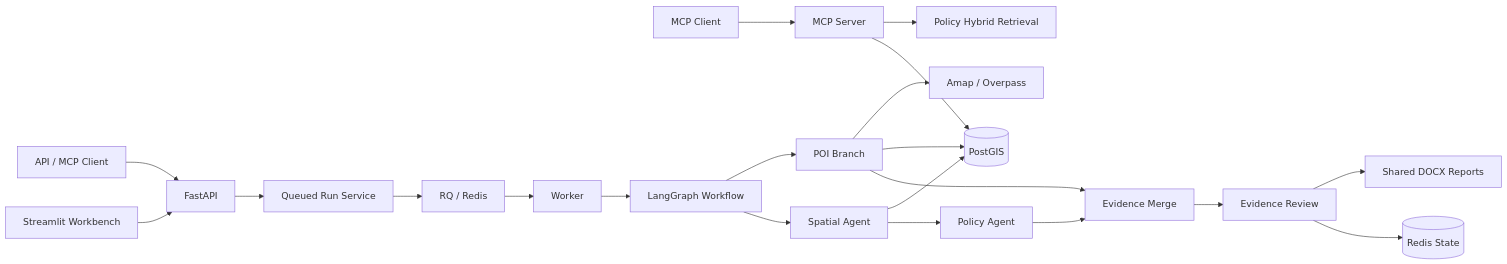
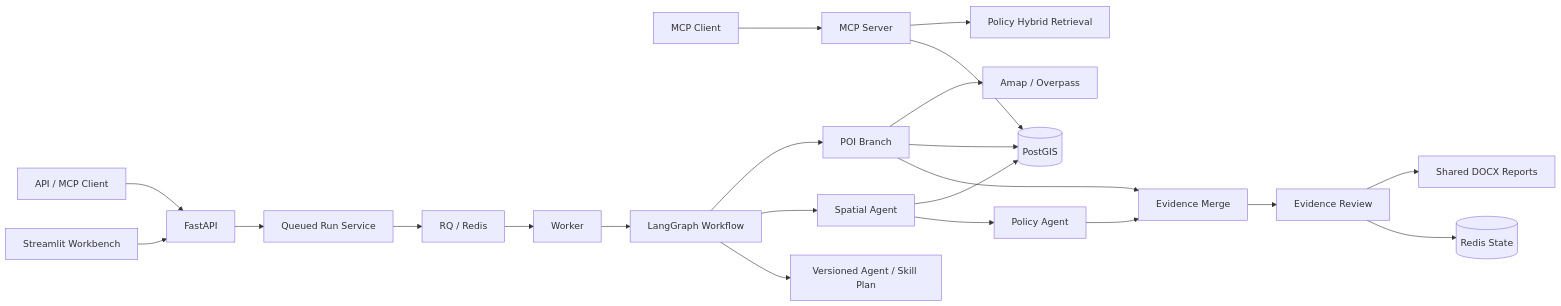
One commit to 1159312243h-gif/spatial-decision-agent changed the diagram in README.md. Above: the diagram before and after it, drawn with Mermaid. The commit also changed other lines of this file and 50 other files, not shown here.

````diff
--- a/README.md
+++ b/README.md
@@ -38,23 +40,24 @@
 ```mermaid
 flowchart LR
     UI["Streamlit Workbench"] --> API["FastAPI"]
     Client["API / MCP Client"] --> API
     MCPClient["MCP Client"] --> MCP["MCP Server"]
     API --> Run["Queued Run Service"]
     Run --> Queue["RQ / Redis"]
     Queue --> Worker["Worker"]
     Worker --> Graph["LangGraph Workflow"]
+    Graph --> Plan["Versioned Agent / Skill Plan"]
     Graph --> GIS["Spatial Agent"]
     Graph --> POI["POI Branch"]
     GIS --> Rules["Policy Agent"]
     POI --> Merge["Evidence Merge"]
     Rules --> Merge
     Merge --> Review["Evidence Review"]
     Review --> Redis[("Redis State")]
     Review --> Reports["Shared DOCX Reports"]
     GIS --> PostGIS[("PostGIS")]
     POI --> PostGIS
     POI --> Online["Amap / Overpass"]
     MCP --> PostGIS
     MCP --> RAG["Policy Hybrid Retrieval"]
 ```
````
